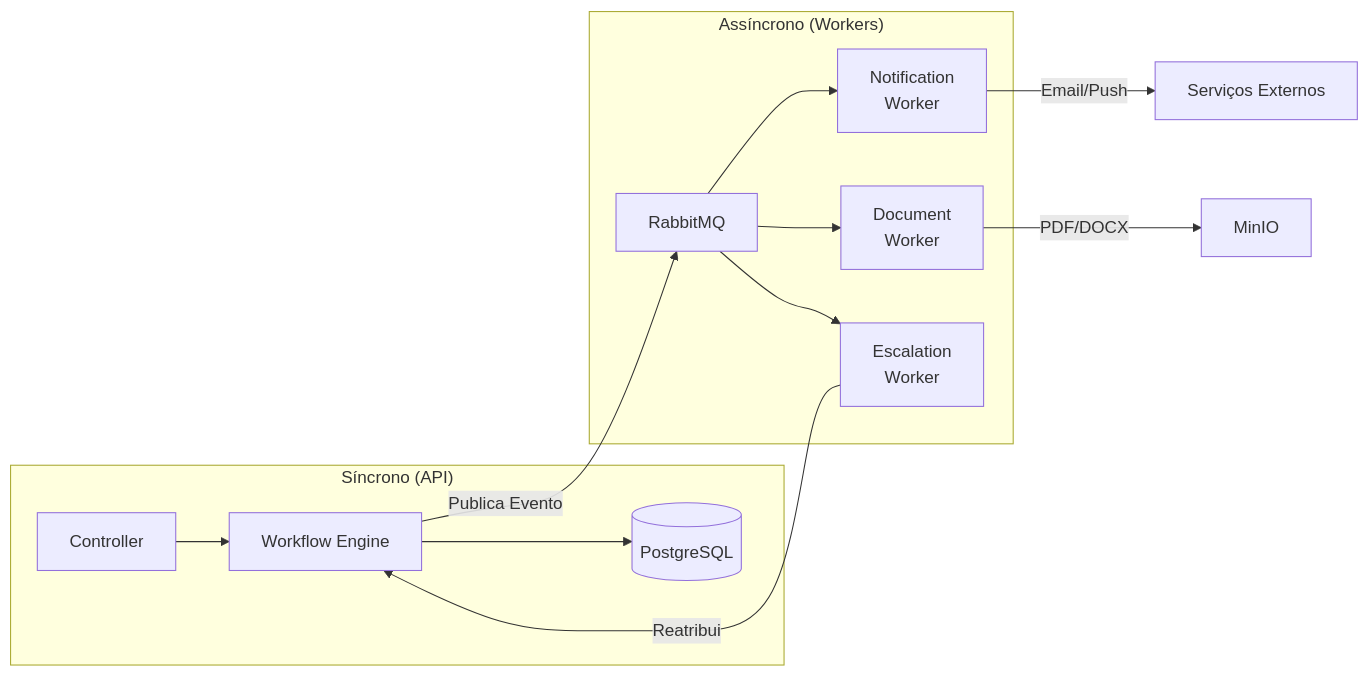
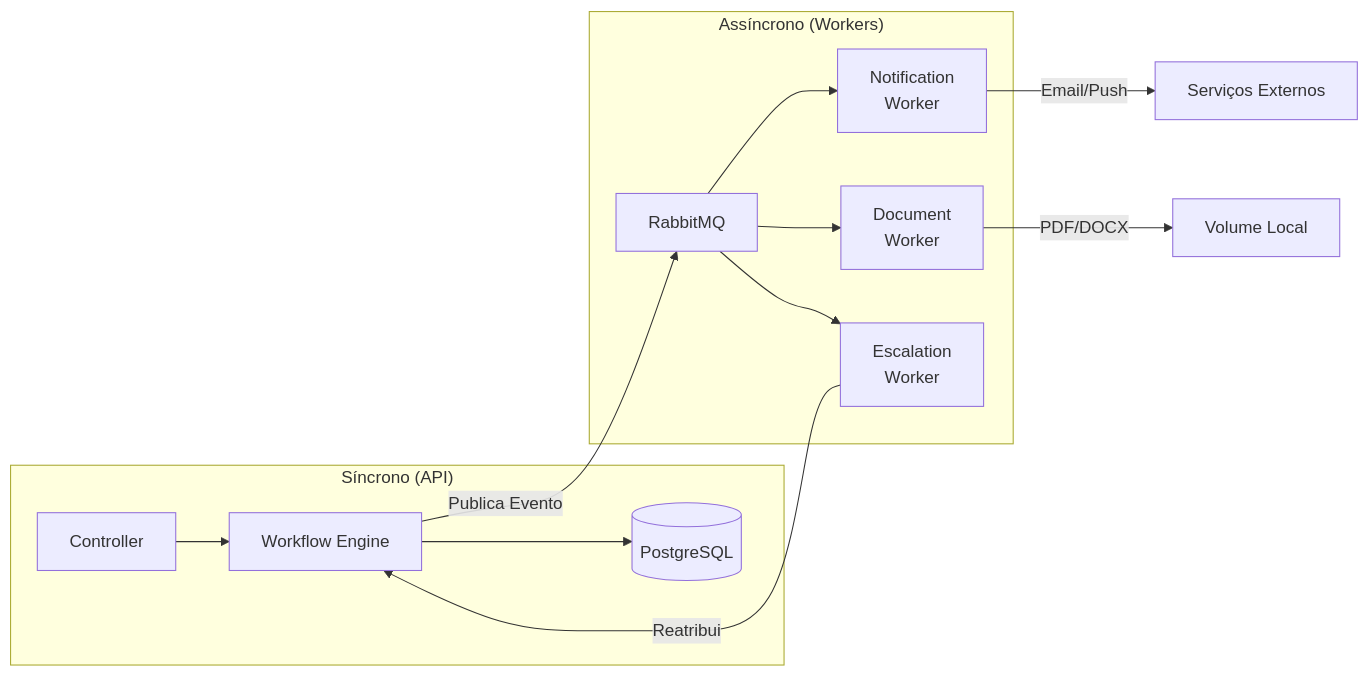
One commit to NicolasEstrella/FlowGate changed the seventh of 7 diagrams in docs/03-workflow-engine.md. Above: the diagram before and after it, drawn with Mermaid. The commit also changed 5 other files, not shown here.

First line of the commit message:
docs: update architecture, workflow engine docs and project proposals

````diff
--- a/docs/03-workflow-engine.md
+++ b/docs/03-workflow-engine.md
@@ -212,18 +212,18 @@
 ```mermaid
 graph LR
     subgraph Sync["Síncrono (API)"]
         API[Controller] --> WE[Workflow Engine]
         WE --> DB[(PostgreSQL)]
     end
 
     subgraph Async["Assíncrono (Workers)"]
         MQ[RabbitMQ] --> WN[Notification\nWorker]
         MQ --> WD[Document\nWorker]
         MQ --> WES[Escalation\nWorker]
     end
 
     WE -->|Publica Evento| MQ
     WN -->|Email/Push| EXT[Serviços Externos]
-    WD -->|PDF/DOCX| MN[MinIO]
+    WD -->|PDF/DOCX| FS[Volume Local]
     WES -->|Reatribui| WE
 ```
````
